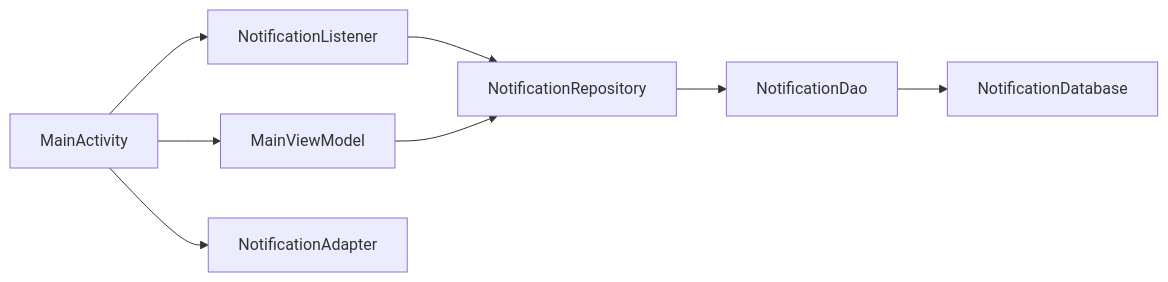
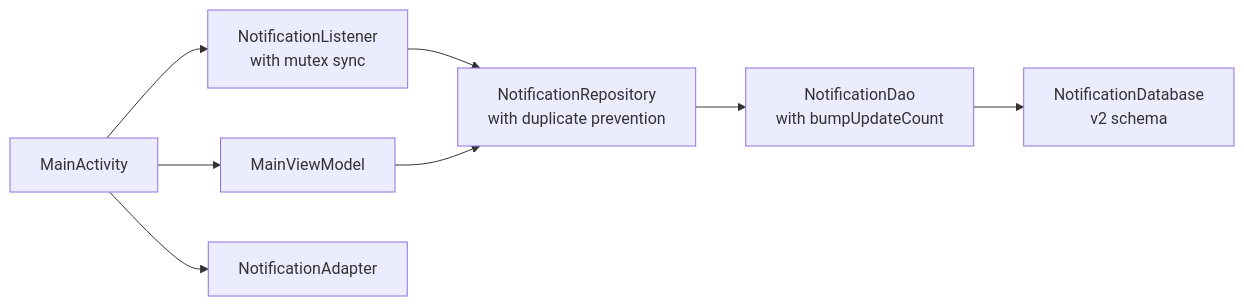
The ninth of 9 diagrams in .qoder/repowiki/en/content/Core Features/Real-time Notification Capture.md (caldefoc/NotificationLog), drawn with Mermaid before and after one commit. The commit also changed other lines of this file and 13 other files, not shown here.

````diff
--- a/.qoder/repowiki/en/content/Core Features/Real-time Notification Capture.md
+++ b/.qoder/repowiki/en/content/Core Features/Real-time Notification Capture.md
@@ -380,10 +431,10 @@
 ```mermaid
 graph LR
-NL["NotificationListener"] --> REPO["NotificationRepository"]
-REPO --> DAO["NotificationDao"]
-DAO --> DB["NotificationDatabase"]
+NL["NotificationListener<br/>with mutex sync"] --> REPO["NotificationRepository<br/>with duplicate prevention"]
+REPO --> DAO["NotificationDao<br/>with bumpUpdateCount"]
+DAO --> DB["NotificationDatabase<br/>v2 schema"]
 MA["MainActivity"] --> VM["MainViewModel"]
 VM --> REPO
 MA --> AD["NotificationAdapter"]
 MA --> NL
 ```
````
